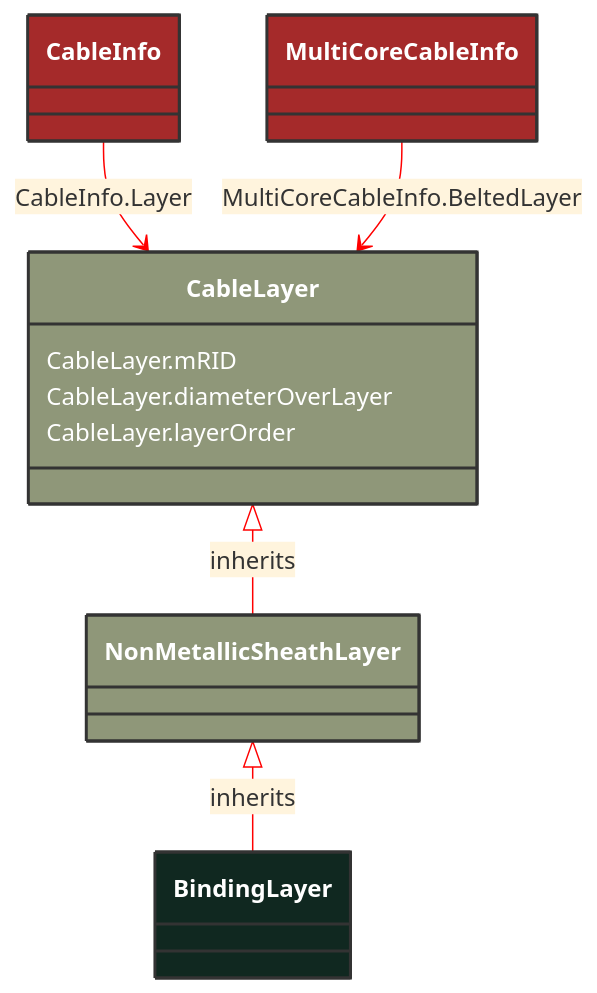
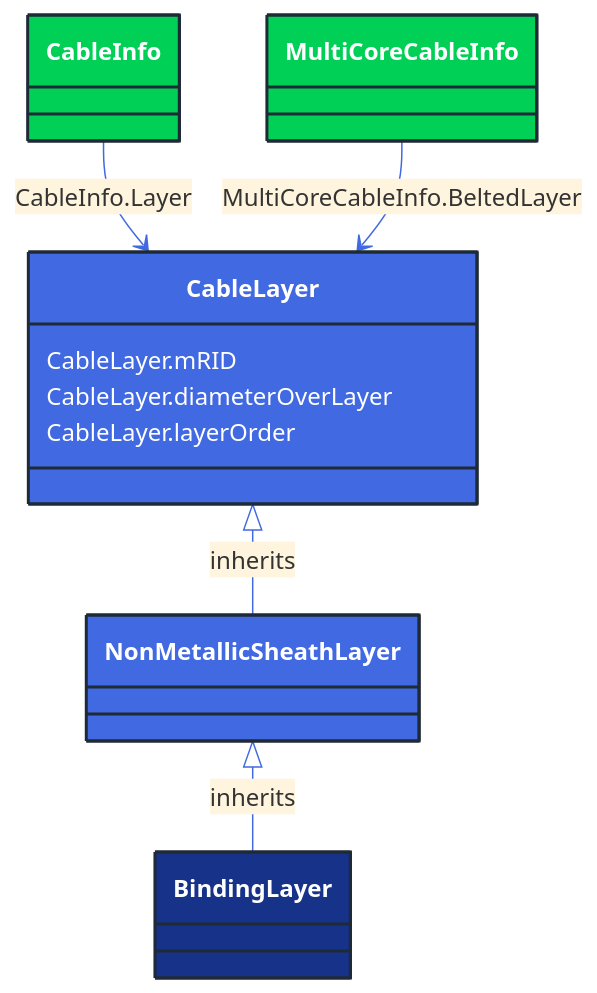
Before and after one commit to 3lbits/NoCIMExtensions: the diagram in docs/Models/Profiles/SubseaCableInfo/ConcreteClasses/BindingLayer.md, drawn with Mermaid. The commit also changed 362 other files, not shown here.

First line of the commit message:
Update diagrams and styles for improved visual consistency

````diff
--- a/docs/Models/Profiles/SubseaCableInfo/ConcreteClasses/BindingLayer.md
+++ b/docs/Models/Profiles/SubseaCableInfo/ConcreteClasses/BindingLayer.md
@@ -8,33 +8,33 @@
 ```mermaid
-%%{init: {'theme':'base','themeVariables': {'lineColor': '#FF0000'}}}%%
+%%{init: {'theme':'base','themeVariables': {'lineColor': '#4169E1'}}}%%
 classDiagram
     class BindingLayer
     click BindingLayer href "/Models/Profiles/SubseaCableInfo/ConcreteClasses/BindingLayer/"
-    style BindingLayer fill:#102820,stroke:#333,stroke-width:2px,rx:10,ry:10,color:white
+    style BindingLayer fill:#163289,stroke:#1F2A37,stroke-width:2px,rx:10,ry:10,color:white
      
         NonMetallicSheathLayer <|-- BindingLayer : inherits
             click NonMetallicSheathLayer href "/Models/Profiles/SubseaCableInfo/ConcreteClasses/NonMetallicSheathLayer/"
-            style NonMetallicSheathLayer fill:#8F9779,stroke:#333,stroke-width:2px,rx:10,ry:10,color:white
+            style NonMetallicSheathLayer fill:#4169E1,stroke:#1F2A37,stroke-width:2px,rx:10,ry:10,color:white
      
         CableLayer <|-- NonMetallicSheathLayer : inherits
             click CableLayer href "/Models/Profiles/SubseaCableInfo/AbstractClasses/CableLayer/"
-            style CableLayer fill:#8F9779,stroke:#333,stroke-width:2px,rx:10,ry:10,color:white
+            style CableLayer fill:#4169E1,stroke:#1F2A37,stroke-width:2px,rx:10,ry:10,color:white
 
 
         CableInfo --> CableLayer : CableInfo.Layer
 
         CableInfo
             click CableInfo href "/Models/Profiles/SubseaCableInfo/ConcreteClasses/CableInfo/"
-            style CableInfo fill:#A52A2A,stroke:#333,stroke-width:2px,rx:10,ry:10,color:white
+            style CableInfo fill:#00D156,stroke:#1F2A37,stroke-width:2px,rx:10,ry:10,color:white
 
         MultiCoreCableInfo --> CableLayer : MultiCoreCableInfo.BeltedLayer
 
         MultiCoreCableInfo
             click MultiCoreCableInfo href "/Models/Profiles/SubseaCableInfo/ConcreteClasses/MultiCoreCableInfo/"
-            style MultiCoreCableInfo fill:#A52A2A,stroke:#333,stroke-width:2px,rx:10,ry:10,color:white
+            style MultiCoreCableInfo fill:#00D156,stroke:#1F2A37,stroke-width:2px,rx:10,ry:10,color:white
 
 
         CableLayer : CableLayer.mRID
         CableLayer : CableLayer.diameterOverLayer
         CableLayer : CableLayer.layerOrder
 ```
````
